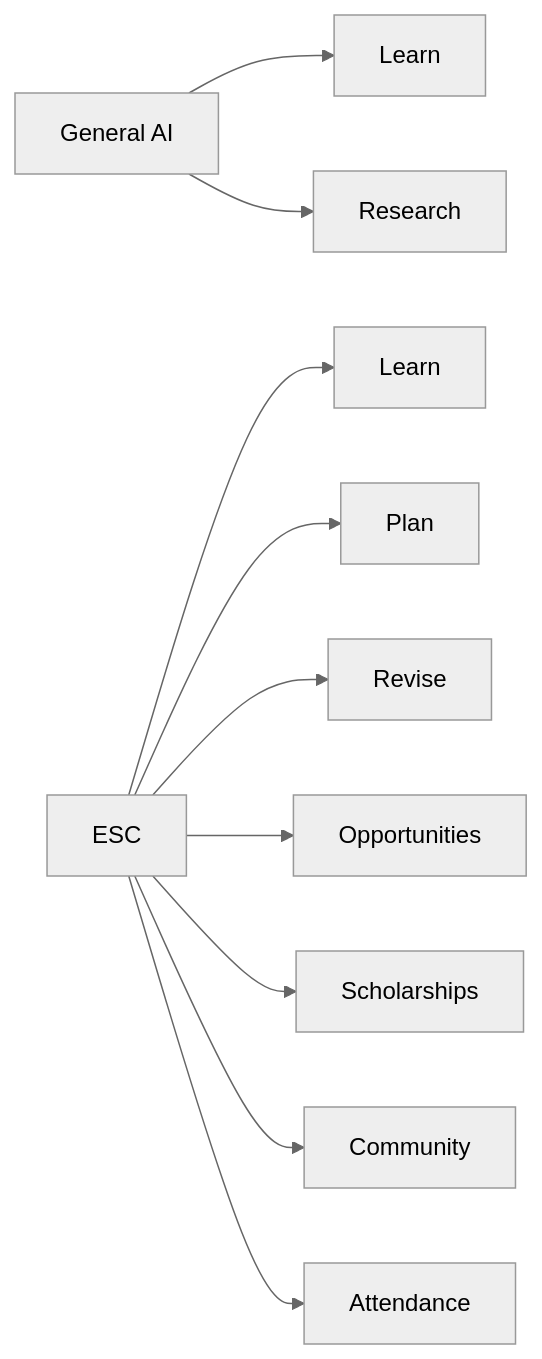
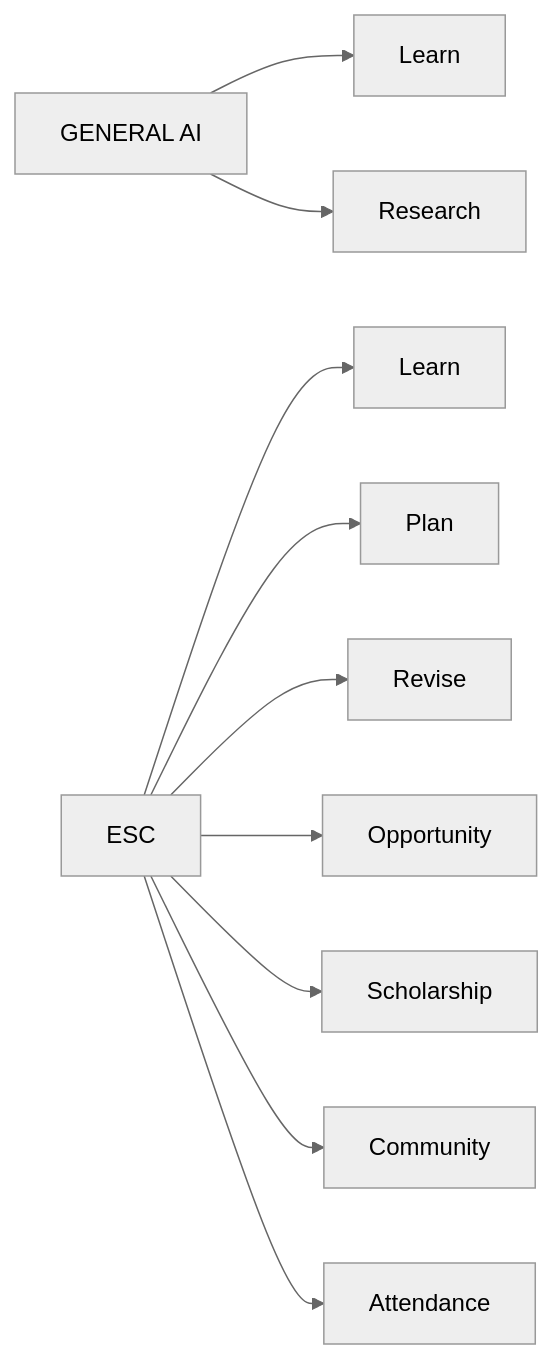
Before and after one commit to mahik2007/hackathon: the sixth of 12 diagrams in README.md, drawn with Mermaid (neutral theme). The commit also changed other lines of this file, not shown here.

First line of the commit message:
Revise README structure and content

````diff
--- a/README.md
+++ b/README.md
@@ -120,12 +98,12 @@
 ```mermaid
 flowchart LR
-    AI[General AI] --> L[Learn]
-    AI --> R[Research]
-    ESC[ESC] --> L2[Learn]
-    ESC --> P[Plan]
-    ESC --> V[Revise]
-    ESC --> O[Opportunities]
-    ESC --> S[Scholarships]
-    ESC --> C[Community]
-    ESC --> A[Attendance]
+G[GENERAL AI] --> L[Learn]
+G --> R[Research]
+E[ESC] --> L2[Learn]
+E --> P[Plan]
+E --> V[Revise]
+E --> O[Opportunity]
+E --> S[Scholarship]
+E --> C[Community]
+E --> A[Attendance]
 ```
````
